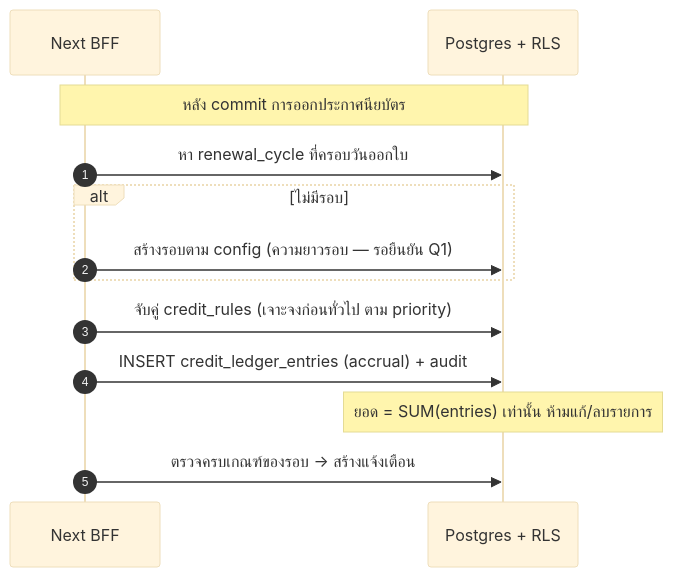
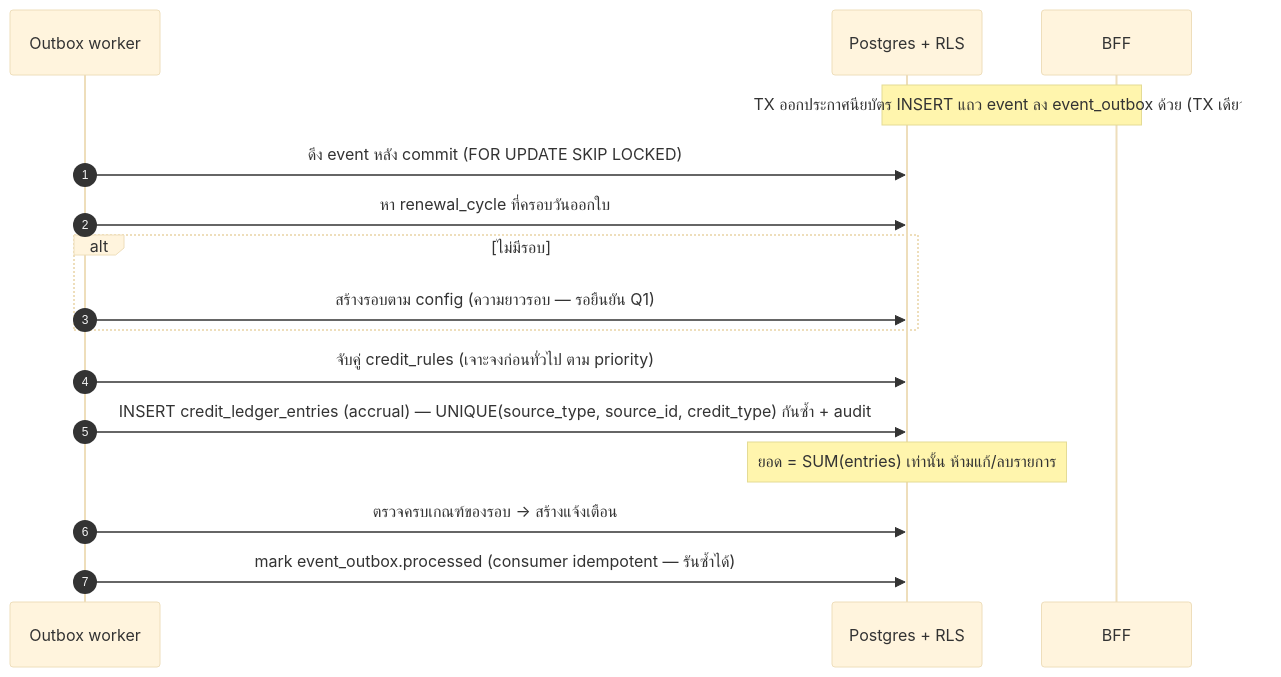
Before and after one commit to narongsak-sukma/E-Leaning-LTC: the fifth of 6 diagrams in docs/03-design/SDS.md, drawn with Mermaid (base theme). The commit also changed other lines of this file and 5 other files, not shown here.

````diff
--- a/docs/03-design/SDS.md
+++ b/docs/03-design/SDS.md
@@ -259,15 +262,17 @@
 ```mermaid
 sequenceDiagram
     autonumber
-    participant BFF as Next BFF
+    participant W as Outbox worker
     participant DB as Postgres + RLS
-    Note over BFF,DB: หลัง commit การออกประกาศนียบัตร
-    BFF->>DB: หา renewal_cycle ที่ครอบวันออกใบ
+    Note over BFF,DB: TX ออกประกาศนียบัตร INSERT แถว event ลง event_outbox ด้วย (TX เดียวกัน)
+    W->>DB: ดึง event หลัง commit (FOR UPDATE SKIP LOCKED)
+    W->>DB: หา renewal_cycle ที่ครอบวันออกใบ
     alt ไม่มีรอบ
-        BFF->>DB: สร้างรอบตาม config (ความยาวรอบ — รอยืนยัน Q1)
+        W->>DB: สร้างรอบตาม config (ความยาวรอบ — รอยืนยัน Q1)
     end
-    BFF->>DB: จับคู่ credit_rules (เจาะจงก่อนทั่วไป ตาม priority)
-    BFF->>DB: INSERT credit_ledger_entries (accrual) + audit
+    W->>DB: จับคู่ credit_rules (เจาะจงก่อนทั่วไป ตาม priority)
+    W->>DB: INSERT credit_ledger_entries (accrual) — UNIQUE(source_type, source_id, credit_type) กันซ้ำ + audit
     Note over DB: ยอด = SUM(entries) เท่านั้น ห้ามแก้/ลบรายการ
-    BFF->>DB: ตรวจครบเกณฑ์ของรอบ → สร้างแจ้งเตือน
+    W->>DB: ตรวจครบเกณฑ์ของรอบ → สร้างแจ้งเตือน
+    W->>DB: mark event_outbox.processed (consumer idempotent — รันซ้ำได้)
 ```
````
